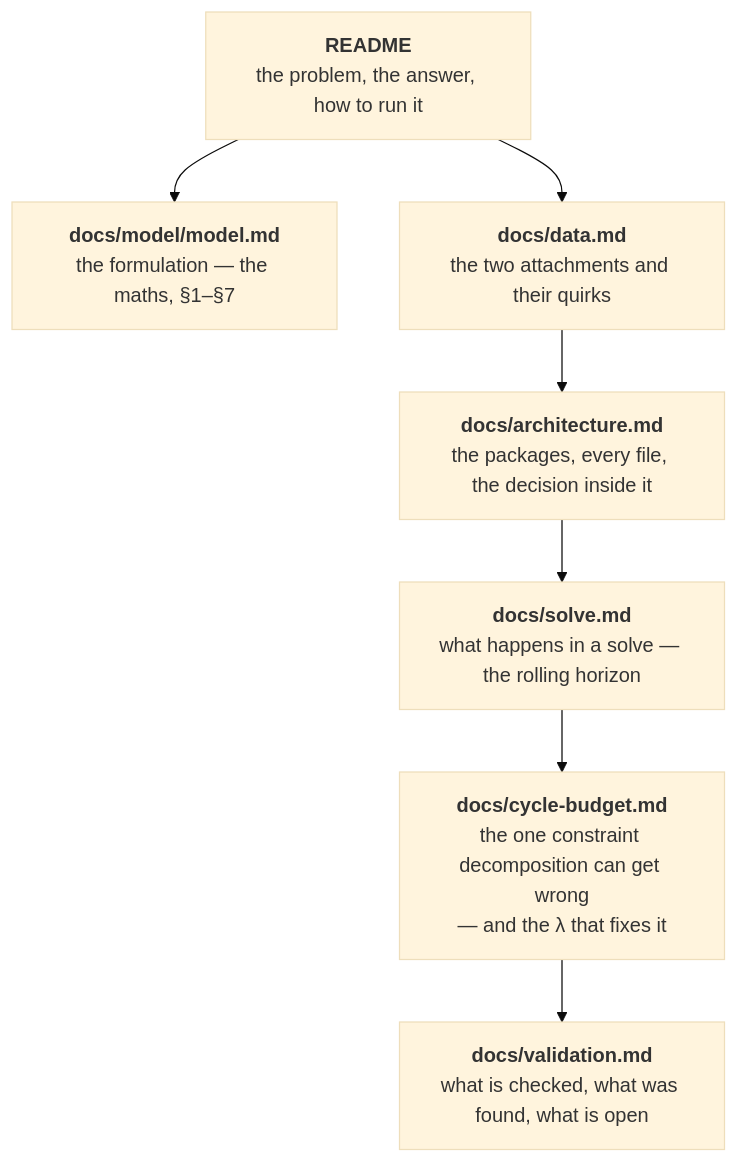
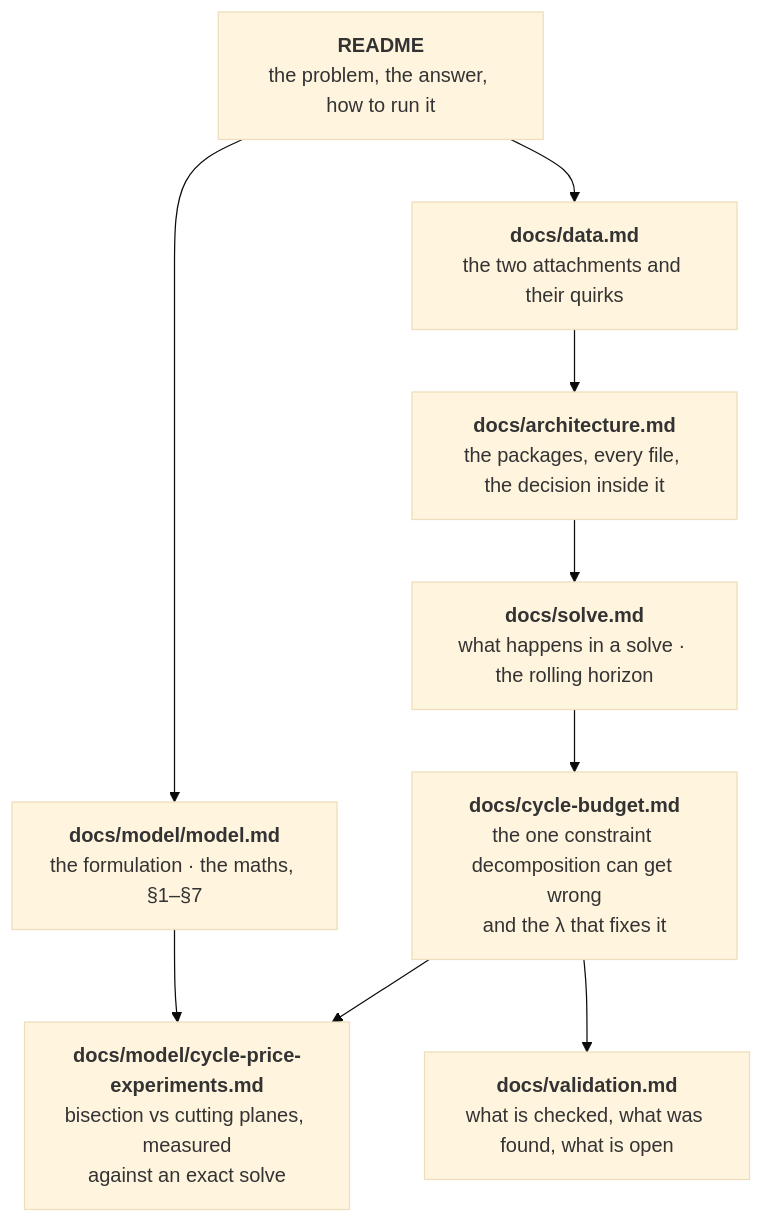
Before and after one commit to GuilhermePFM/BatteryCase: the second of 2 diagrams in README.md, drawn with Mermaid (base theme). The commit also changed other lines of this file and 20 other files, not shown here.

````diff
--- a/README.md
+++ b/README.md
@@ -97,13 +105,16 @@
 ```mermaid
 flowchart TD
     R["<b>README</b><br/>the problem, the answer, how to run it"]
-    M["<b>docs/model/model.md</b><br/>the formulation — the maths, §1–§7"]
+    M["<b>docs/model/model.md</b><br/>the formulation · the maths, §1–§7"]
     D["<b>docs/data.md</b><br/>the two attachments and their quirks"]
     A["<b>docs/architecture.md</b><br/>the packages, every file, the decision inside it"]
-    S["<b>docs/solve.md</b><br/>what happens in a solve — the rolling horizon"]
-    C["<b>docs/cycle-budget.md</b><br/>the one constraint decomposition can get wrong<br/>— and the λ that fixes it"]
+    S["<b>docs/solve.md</b><br/>what happens in a solve · the rolling horizon"]
+    C["<b>docs/cycle-budget.md</b><br/>the one constraint decomposition can get wrong<br/>and the λ that fixes it"]
+    X["<b>docs/model/cycle-price-experiments.md</b><br/>bisection vs cutting planes, measured<br/>against an exact solve"]
     V["<b>docs/validation.md</b><br/>what is checked, what was found, what is open"]
 
     R --> M
     R --> D --> A --> S --> C --> V
+    M --> X
+    C --> X
 ```
````
